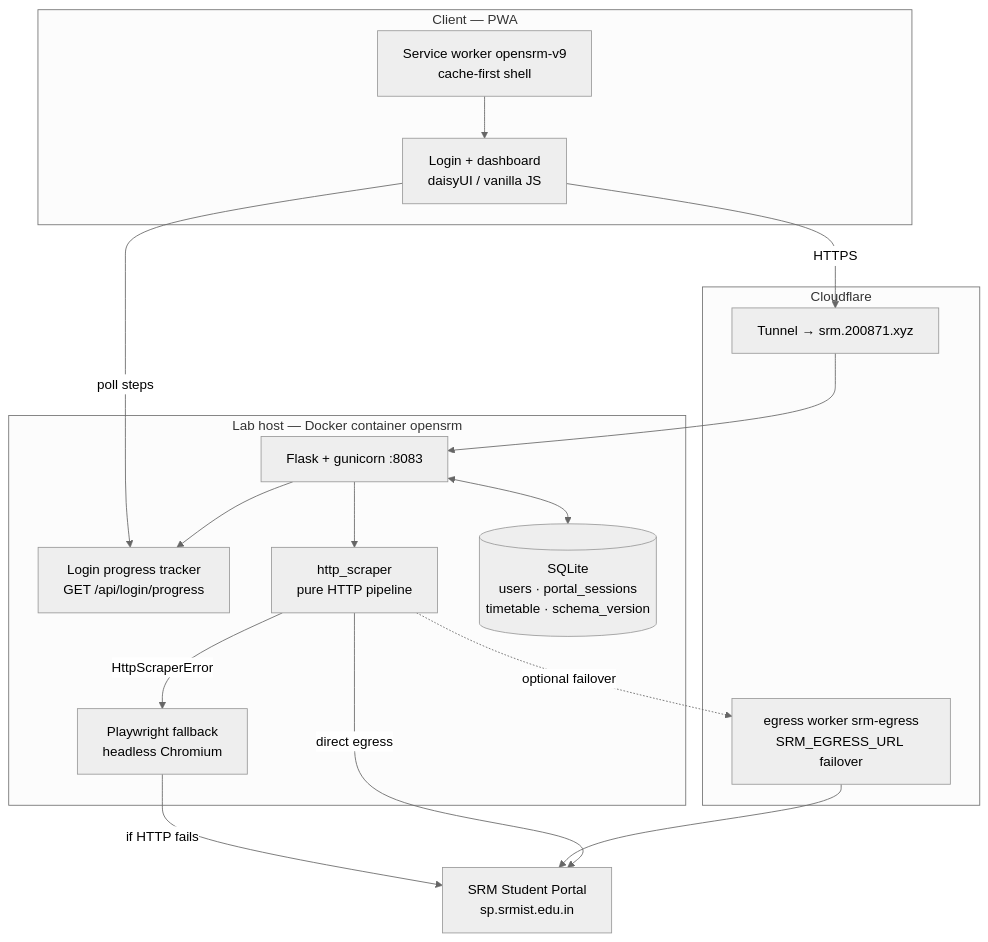
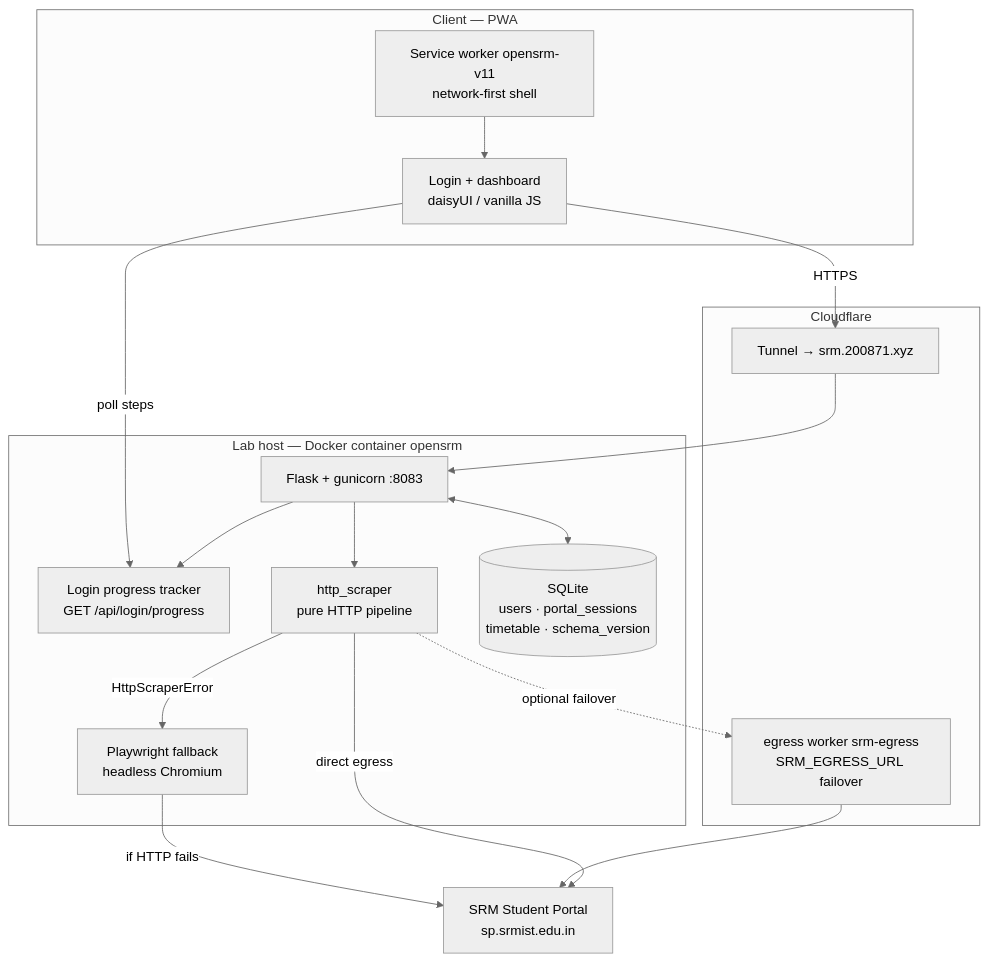
The first of 3 diagrams in README.md (thenabbu/OpenSRM), drawn with Mermaid (neutral theme) before and after one commit. The commit also changed other lines of this file and 4 other files, not shown here.

````diff
--- a/README.md
+++ b/README.md
@@ -63,35 +63,35 @@
 ```mermaid
 flowchart TD
     subgraph client["Client — PWA"]
         UI["Login + dashboard<br/>daisyUI / vanilla JS"]
-        SW["Service worker opensrm-v9<br/>cache-first shell"]
+        SW["Service worker opensrm-v11<br/>network-first shell"]
     end
 
     subgraph lab["Lab host — Docker container opensrm"]
         FL["Flask + gunicorn :8083"]
         PROG["Login progress tracker<br/>GET /api/login/progress"]
         HS["http_scraper<br/>pure HTTP pipeline"]
         PW["Playwright fallback<br/>headless Chromium"]
         DB[("SQLite<br/>users · portal_sessions<br/>timetable · schema_version")]
         FL --> PROG
         FL --> HS
         HS -->|"HttpScraperError"| PW
         FL <--> DB
     end
 
     subgraph cf["Cloudflare"]
         TUN["Tunnel → srm.200871.xyz"]
         EG["egress worker srm-egress<br/>SRM_EGRESS_URL failover"]
     end
 
     P["SRM Student Portal<br/>sp.srmist.edu.in"]
 
     UI -->|HTTPS| TUN
     TUN --> FL
     SW --> UI
     UI -->|poll steps| PROG
     HS -->|"direct egress"| P
     HS -.->|"optional failover"| EG
     EG --> P
     PW -->|"if HTTP fails"| P
 ```
````
